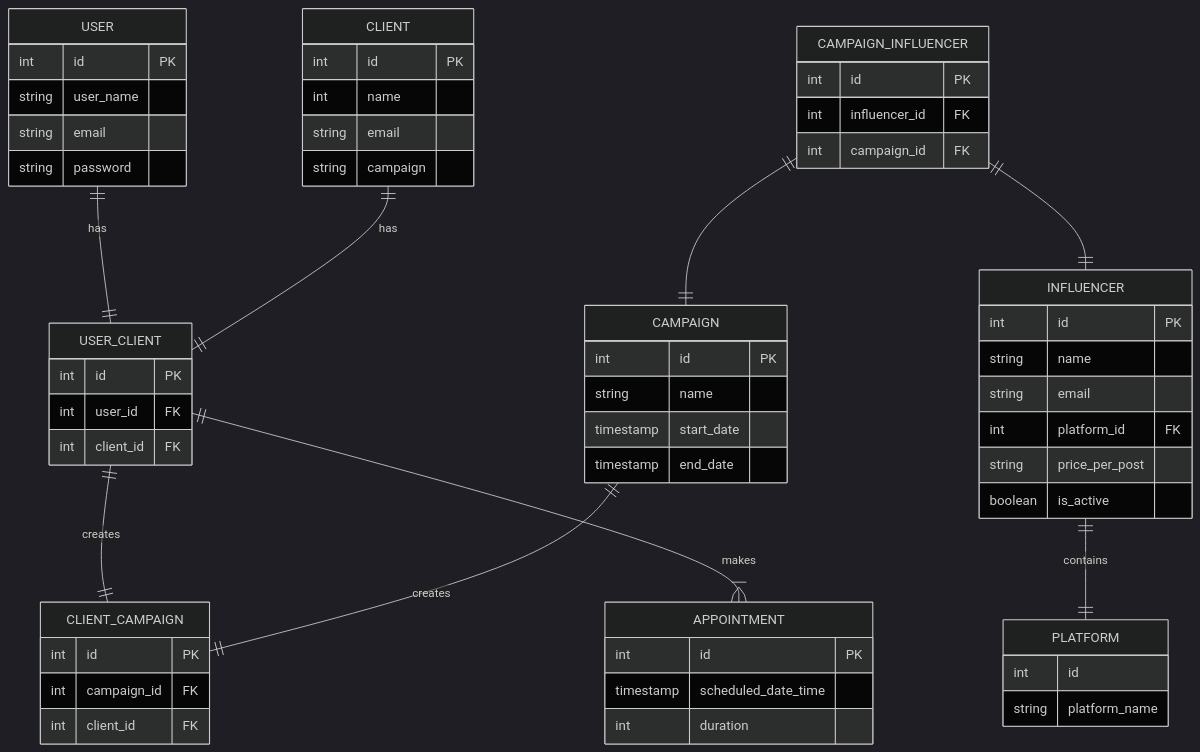
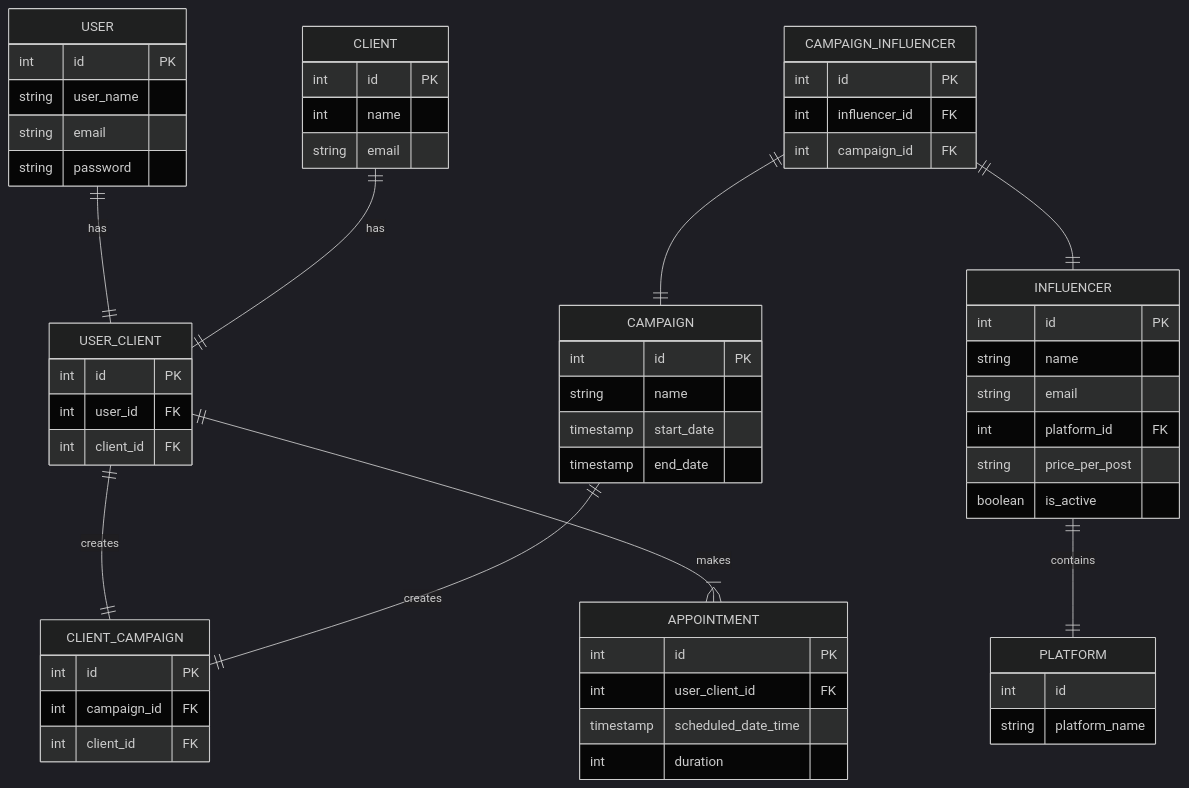
The second of 2 diagrams in README.md (ConorPMullan/swim-marketing), drawn with Mermaid before and after one commit.

````diff
--- a/README.md
+++ b/README.md
@@ -52,64 +52,64 @@
 ``` mermaid
 %%{init: {'theme': 'dark' } }%%
 
 erDiagram
     USER {
         int id PK
         string user_name
         string email
         string password
     }
     USER_CLIENT {
         int id PK
         int user_id FK
         int client_id FK
     }
     CLIENT {
         int id PK
         int name
         string email
-        string campaign
     }
     CLIENT_CAMPAIGN {
         int id PK
         int campaign_id FK
         int client_id FK
     }
     CAMPAIGN {
         int id PK
         string name
         timestamp start_date
         timestamp end_date
     }
     CAMPAIGN_INFLUENCER {
         int id PK
         int influencer_id FK
         int campaign_id FK
     }
     INFLUENCER {
         int id PK
         string name
         string email
         int platform_id FK
         string price_per_post
         boolean is_active
     }
     PLATFORM {
         int id
         string platform_name
     }
     APPOINTMENT {
         int id PK
+        int user_client_id FK
         timestamp scheduled_date_time
         int duration
     }
     USER ||--|| USER_CLIENT: "has"
     CLIENT ||--|| USER_CLIENT: "has"
     USER_CLIENT ||--|| CLIENT_CAMPAIGN : "creates"
     CAMPAIGN ||--|| CLIENT_CAMPAIGN : "creates"
     USER_CLIENT ||--|{ APPOINTMENT : "makes"
     CAMPAIGN_INFLUENCER ||--|| CAMPAIGN : ""
     CAMPAIGN_INFLUENCER ||--|| INFLUENCER : ""
     INFLUENCER ||--|| PLATFORM : "contains"
 
 ```
````
